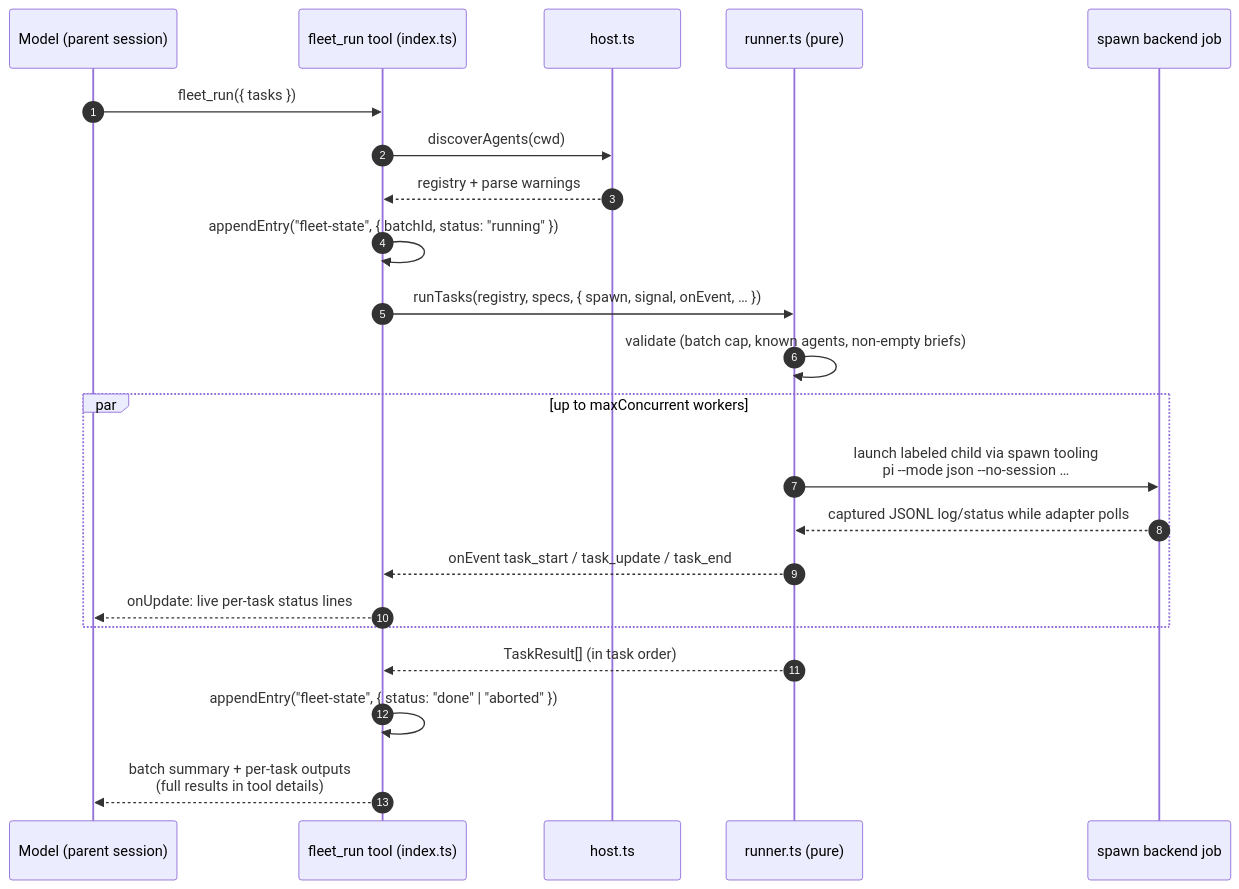
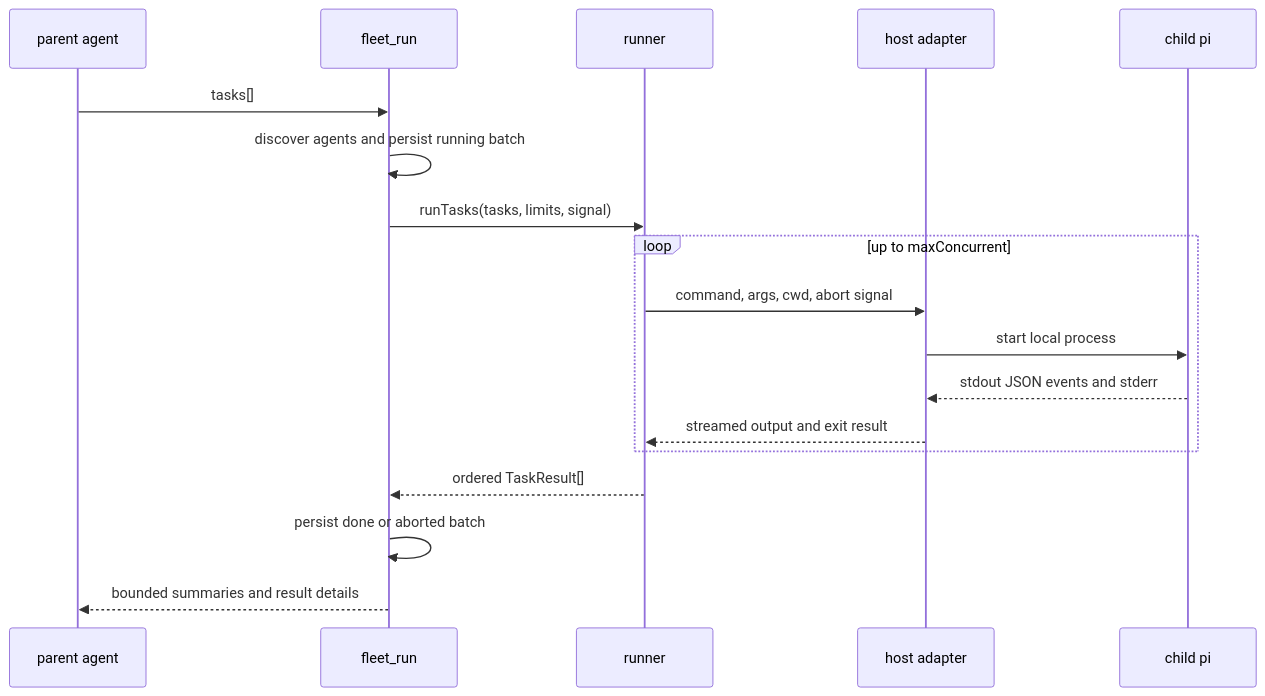
The second of 2 diagrams in docs/fleet-architecture.md (ulvestuen/pi-kit), drawn with Mermaid before and after one commit. The commit also changed other lines of this file and 97 other files, not shown here.

````diff
--- a/docs/fleet-architecture.md
+++ b/docs/fleet-architecture.md
@@ -138,27 +54,21 @@
 ```mermaid
 sequenceDiagram
-    autonumber
-    participant M as Model (parent session)
-    participant T as fleet_run tool (index.ts)
-    participant H as host.ts
-    participant R as runner.ts (pure)
-    participant S as spawn backend job
+  participant P as parent agent
+  participant F as fleet_run
+  participant R as runner
+  participant H as host adapter
+  participant C as child pi
 
-    M->>T: fleet_run({ tasks })
-    T->>H: discoverAgents(cwd)
-    H-->>T: registry + parse warnings
-    T->>T: appendEntry("fleet-state", { batchId, status: "running" })
-    T->>R: runTasks(registry, specs, { spawn, signal, onEvent, … })
-    R->>R: validate (batch cap, known agents, non-empty briefs)
-
-    par up to maxConcurrent workers
-        R->>S: launch labeled child via spawn tooling<br/>pi --mode json --no-session …
-        S-->>R: captured JSONL log/status while adapter polls
-        R-->>T: onEvent task_start / task_update / task_end
-        T-->>M: onUpdate: live per-task status lines
-    end
-
-    R-->>T: TaskResult[] (in task order)
-    T->>T: appendEntry("fleet-state", { status: "done" | "aborted" })
-    T-->>M: batch summary + per-task outputs<br/>(full results in tool details)
+  P->>F: tasks[]
+  F->>F: discover agents and persist running batch
+  F->>R: runTasks(tasks, limits, signal)
+  loop up to maxConcurrent
+    R->>H: command, args, cwd, abort signal
+    H->>C: start local process
+    C-->>H: stdout JSON events and stderr
+    H-->>R: streamed output and exit result
+  end
+  R-->>F: ordered TaskResult[]
+  F->>F: persist done or aborted batch
+  F-->>P: bounded summaries and result details
 ```
````
